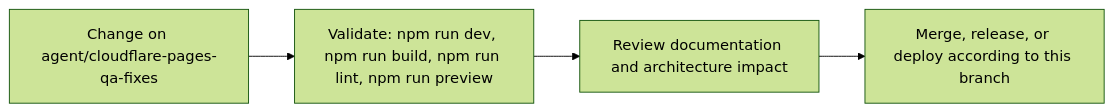
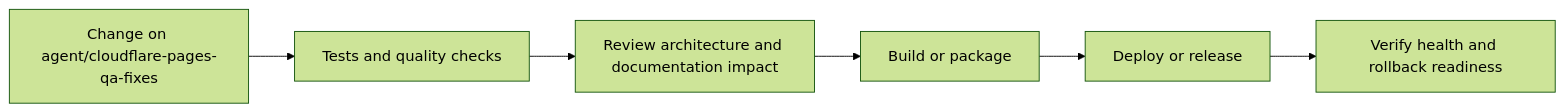
Before and after one commit to Nischhalsubba/Reeja-Maharjan-Website-2026: the fourth of 5 diagrams in README.md, drawn with Mermaid (forest theme). The commit also changed other lines of this file, not shown here.

````diff
--- a/README.md
+++ b/README.md
@@ -81,8 +161,8 @@
 ```mermaid
 flowchart LR
-    CHANGE["Change on agent/cloudflare-pages-qa-fixes"]
-    CHECK["Validate: npm run dev, npm run build, npm run lint, npm run preview"]
-    REVIEW["Review documentation and architecture impact"]
-    RELEASE["Merge, release, or deploy according to this branch"]
-    CHANGE --> CHECK --> REVIEW --> RELEASE
+    CHANGE["Change on agent/cloudflare-pages-qa-fixes"] --> CHECK["Tests and quality checks"]
+    CHECK --> REVIEW["Review architecture and documentation impact"]
+    REVIEW --> BUILD["Build or package"]
+    BUILD --> DEPLOY["Deploy or release"]
+    DEPLOY --> VERIFY["Verify health and rollback readiness"]
 ```
````
